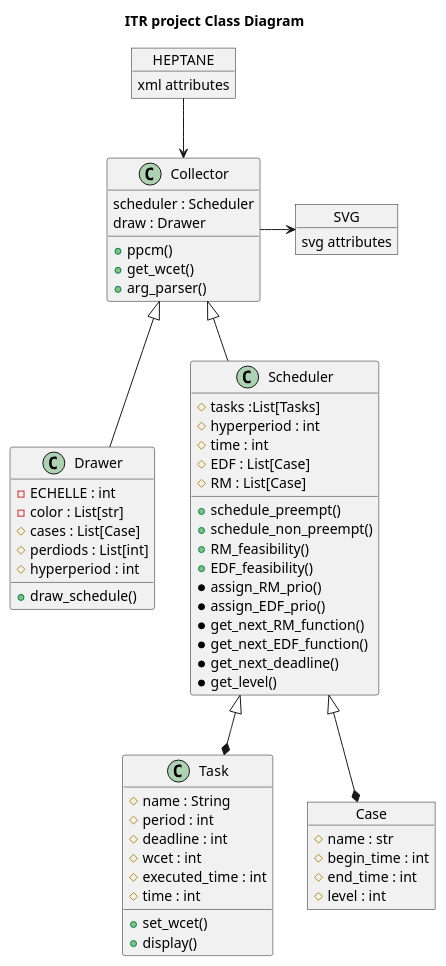
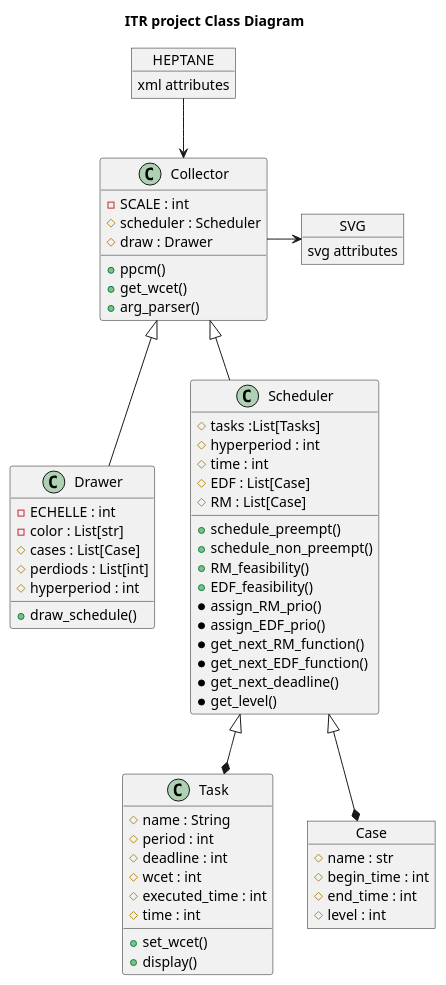
Before and after one commit to bibi14010/itr-scheduler-2020: the diagram in ClassDiagram.puml, drawn with PlantUML.

Commit message:
Diagram correction

```diff
--- a/ClassDiagram.puml
+++ b/ClassDiagram.puml
@@ -1,72 +1,73 @@
 @startuml
 'https://plantuml.com/class-diagram
 title ITR project Class Diagram
 class Collector{
-scheduler : Scheduler
-draw : Drawer
+-SCALE : int
+#scheduler : Scheduler
+#draw : Drawer
 +ppcm()
 +get_wcet()
 +arg_parser()
 }
 
 class Task{
 # name : String
 #period : int
 #deadline : int
 #wcet : int
 #executed_time : int
 #time : int
 
 +set_wcet()
 +display()
 }
 
 class Drawer{
 -ECHELLE : int
 -color : List[str]
 #cases : List[Case]
 #perdiods : List[int]
 #hyperperiod : int
 
 +draw_schedule()
 }
 
 class Scheduler{
     #tasks :List[Tasks]
     #hyperperiod : int
     #time : int
     #EDF : List[Case]
     #RM : List[Case]
 
     +schedule_preempt()
     +schedule_non_preempt()
     +RM_feasibility()
     +EDF_feasibility()
     *assign_RM_prio()
     *assign_EDF_prio()
     *get_next_RM_function()
     *get_next_EDF_function()
     *get_next_deadline()
     *get_level()
 }
 object Case {
     #name : str
     #begin_time : int
     #end_time : int
     #level : int
 }
 
 object HEPTANE{
     xml attributes
 }
 object SVG {
     svg attributes
 }
 Collector <|-- Scheduler
 Collector <|-- Drawer
 Scheduler <|--* Task
 Scheduler <|--* Case
 
 HEPTANE --> Collector
 Collector -> SVG
 @enduml
```
